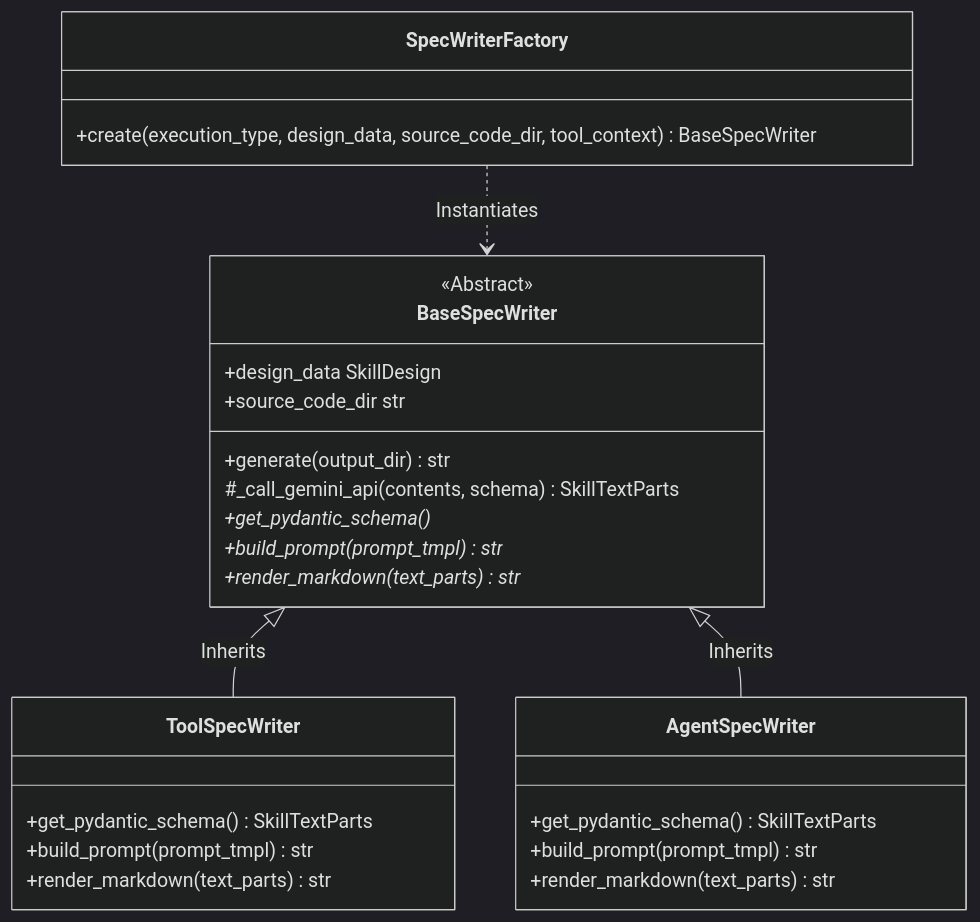
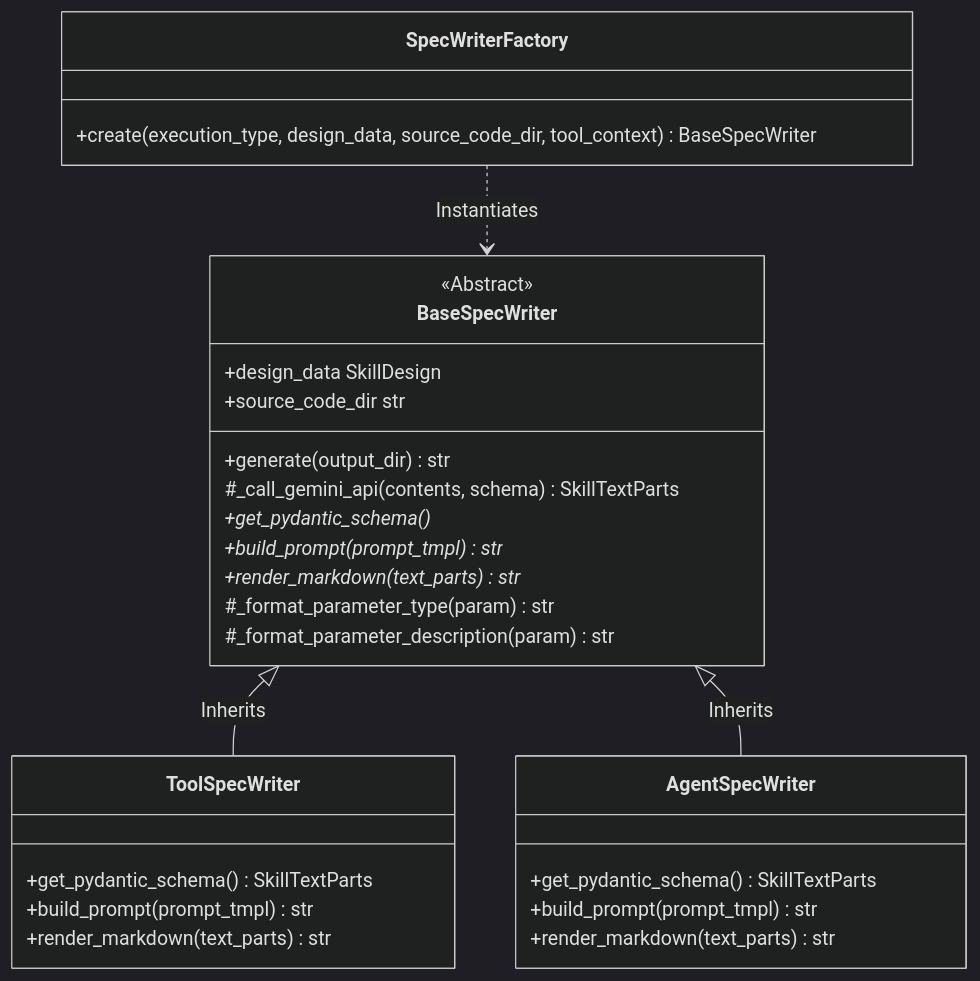
Before and after one commit to magic-sword/skill-edd-agent: the diagram in src/skills/skill-spec-writer/references/architecture_design.md, drawn with Mermaid (dark theme). The commit also changed 5 other files, not shown here.

````diff
--- a/src/skills/skill-spec-writer/references/architecture_design.md
+++ b/src/skills/skill-spec-writer/references/architecture_design.md
@@ -13,30 +13,32 @@
 ```mermaid
 classDiagram
     class SpecWriterFactory {
         +create(execution_type, design_data, source_code_dir, tool_context) BaseSpecWriter
     }
     class BaseSpecWriter {
         <<Abstract>>
         +design_data SkillDesign
         +source_code_dir str
         +generate(output_dir) str
         #_call_gemini_api(contents, schema) SkillTextParts
         +get_pydantic_schema()*
         +build_prompt(prompt_tmpl)* str
         +render_markdown(text_parts)* str
+        #_format_parameter_type(param) str
+        #_format_parameter_description(param) str
     }
     class ToolSpecWriter {
         +get_pydantic_schema() SkillTextParts
         +build_prompt(prompt_tmpl) str
         +render_markdown(text_parts) str
     }
     class AgentSpecWriter {
         +get_pydantic_schema() SkillTextParts
         +build_prompt(prompt_tmpl) str
         +render_markdown(text_parts) str
     }
 
     SpecWriterFactory ..> BaseSpecWriter : Instantiates
     BaseSpecWriter <|-- ToolSpecWriter : Inherits
     BaseSpecWriter <|-- AgentSpecWriter : Inherits
 ```
````
